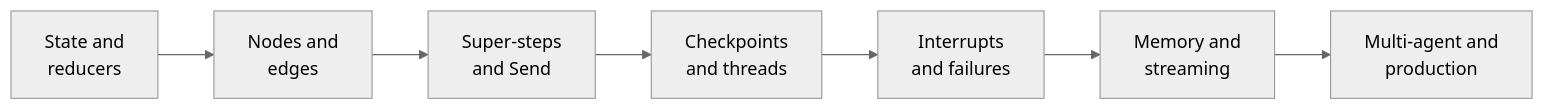
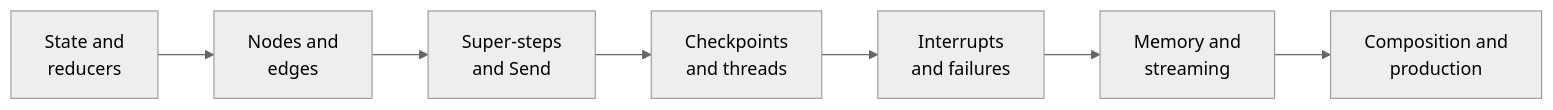
Before and after one commit to shubamchaudhary/CodeNITW: the first of 9 diagrams in src/Data/aiStackDocs/CH-14.md, drawn with Mermaid (neutral theme). The commit also changed other lines of this file and 7 other files, not shown here.

````diff
--- a/src/Data/aiStackDocs/CH-14.md
+++ b/src/Data/aiStackDocs/CH-14.md
@@ -5,9 +3,9 @@
 ```mermaid
 flowchart LR
     A["State and<br/>reducers"] --> B["Nodes and<br/>edges"]
     B --> C["Super-steps<br/>and Send"]
     C --> D["Checkpoints<br/>and threads"]
     D --> E["Interrupts<br/>and failures"]
     E --> F["Memory and<br/>streaming"]
-    F --> G["Multi-agent and<br/>production"]
+    F --> G["Composition and<br/>production"]
 ```
````
